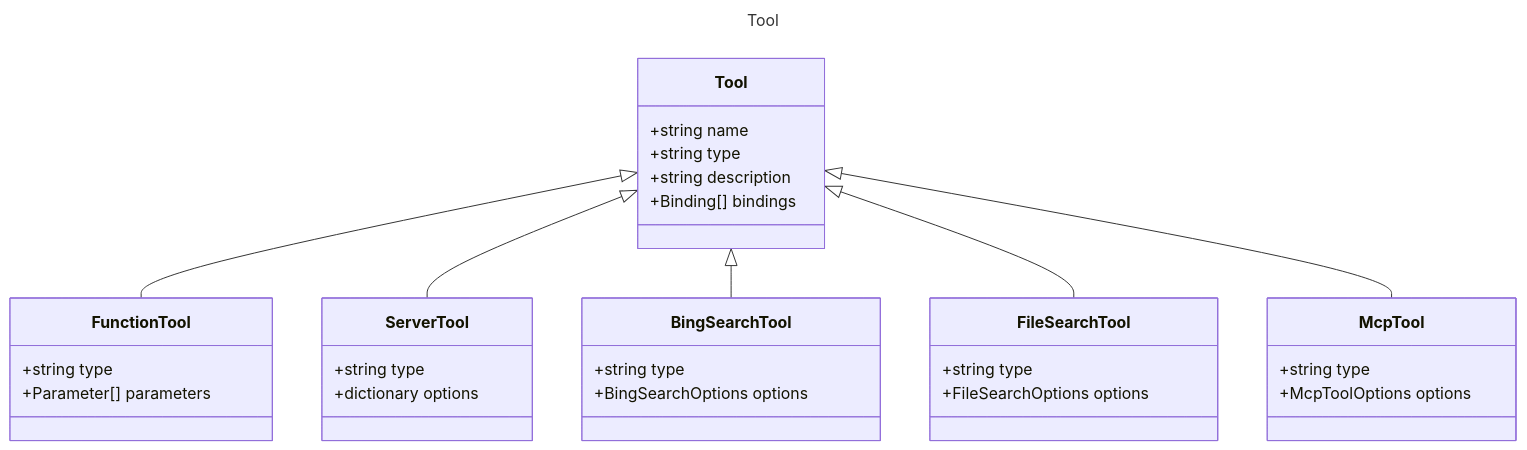
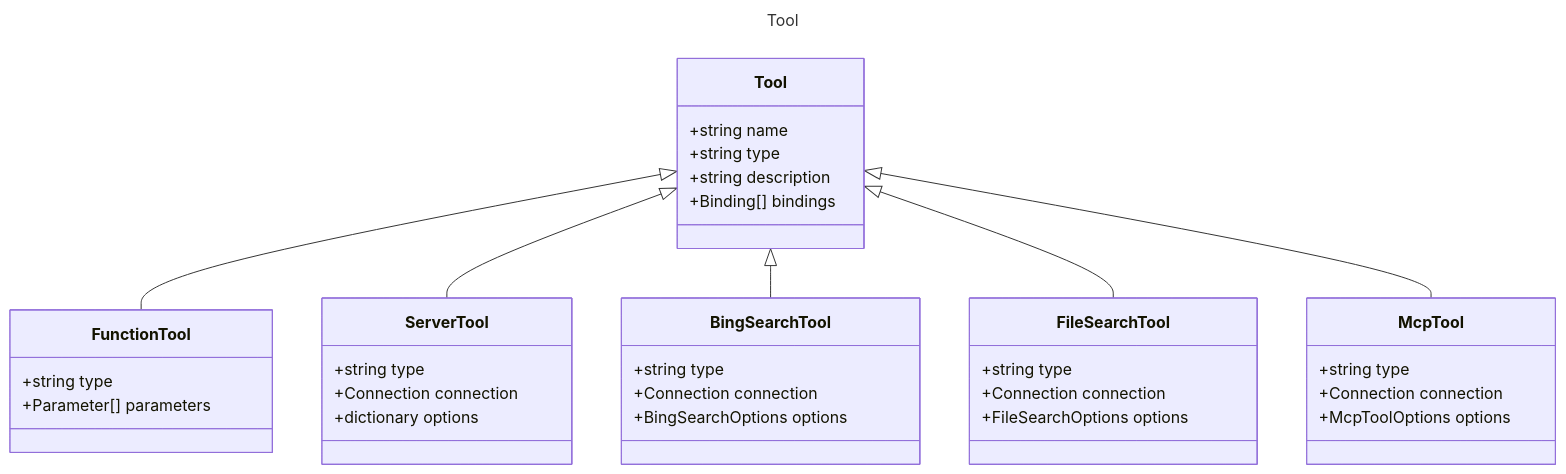
Before and after one commit to microsoft/prompty: the diagram in specification/prompty/docs/Tool.md, drawn with Mermaid. The commit also changed other lines of this file and 30 other files, not shown here.

````diff
--- a/specification/prompty/docs/Tool.md
+++ b/specification/prompty/docs/Tool.md
@@ -7,37 +7,41 @@
 ```mermaid
 ---
 title: Tool
 ---
 classDiagram
     class Tool {
         +string name
         +string type
         +string description
         +Binding[] bindings
     }
     class FunctionTool {
         +string type
         +Parameter[] parameters
     }
     Tool <|-- FunctionTool
     class ServerTool {
         +string type
+        +Connection connection
         +dictionary options
     }
     Tool <|-- ServerTool
     class BingSearchTool {
         +string type
+        +Connection connection
         +BingSearchOptions options
     }
     Tool <|-- BingSearchTool
     class FileSearchTool {
         +string type
+        +Connection connection
         +FileSearchOptions options
     }
     Tool <|-- FileSearchTool
     class McpTool {
         +string type
+        +Connection connection
         +McpToolOptions options
     }
     Tool <|-- McpTool
 ```
````
